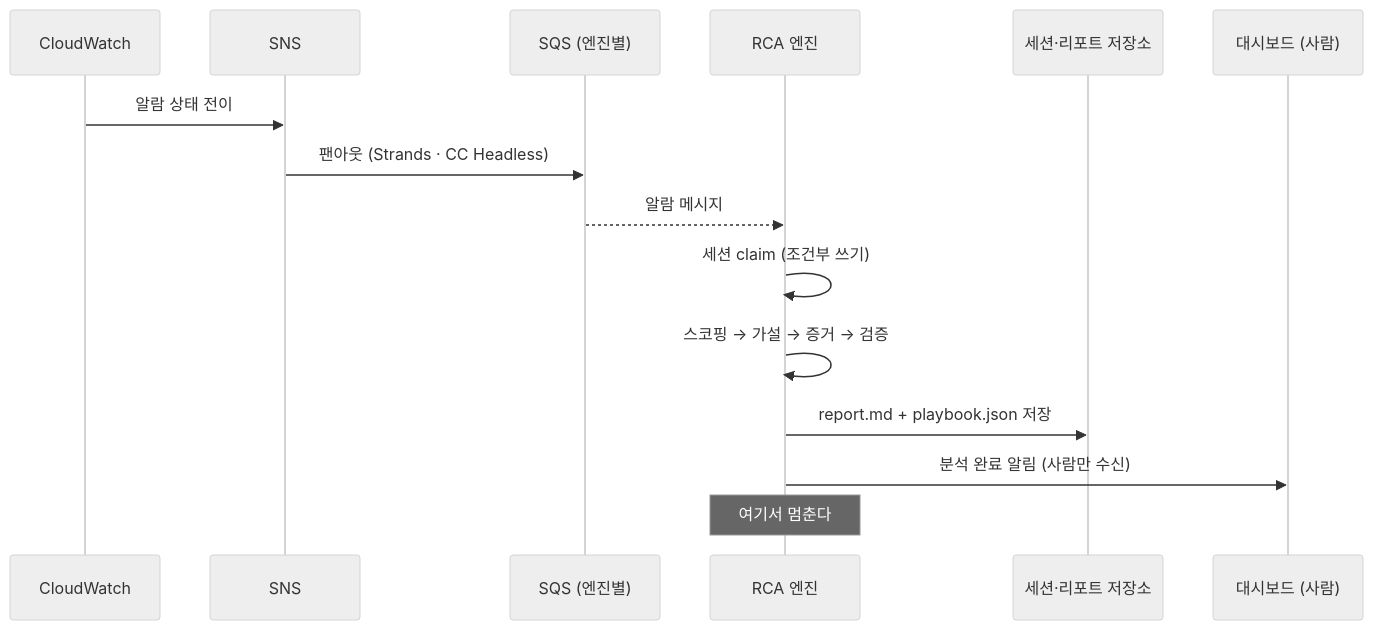
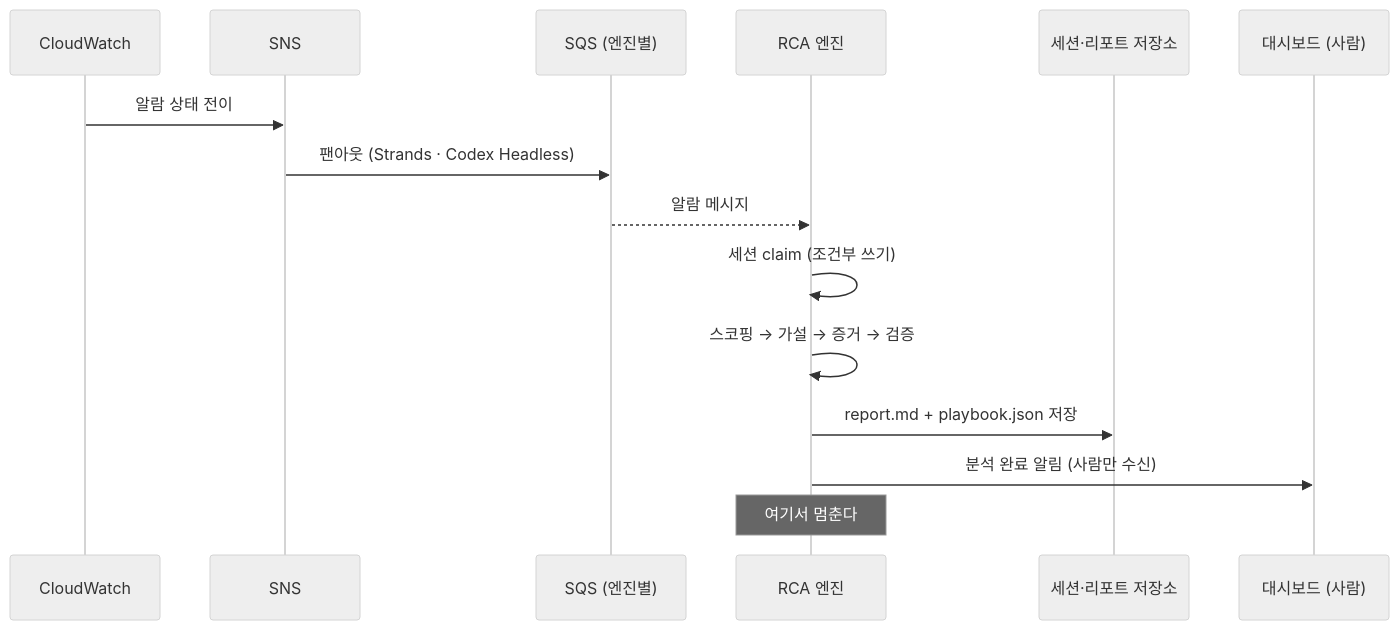
The second of 4 diagrams in docs/rca-to-remediation-flow.md (haandol/rca-agent), drawn with Mermaid (neutral theme) before and after one commit. The commit also changed other lines of this file and 306 other files, not shown here.

Commit message:
feat: replace headless CC with Codex on Bedrock

````diff
--- a/docs/rca-to-remediation-flow.md
+++ b/docs/rca-to-remediation-flow.md
@@ -67,18 +67,18 @@
 ```mermaid
 sequenceDiagram
     participant CW as CloudWatch
     participant SNS as SNS
     participant SQS as SQS (엔진별)
     participant ENG as RCA 엔진
     participant ST as 세션·리포트 저장소
     participant U as 대시보드 (사람)
 
     CW->>SNS: 알람 상태 전이
-    SNS->>SQS: 팬아웃 (Strands · CC Headless)
+    SNS->>SQS: 팬아웃 (Strands · Codex Headless)
     SQS-->>ENG: 알람 메시지
     ENG->>ENG: 세션 claim (조건부 쓰기)
     ENG->>ENG: 스코핑 → 가설 → 증거 → 검증
     ENG->>ST: report.md + playbook.json 저장
     ENG->>U: 분석 완료 알림 (사람만 수신)
     Note over ENG: 여기서 멈춘다
 ```
````
